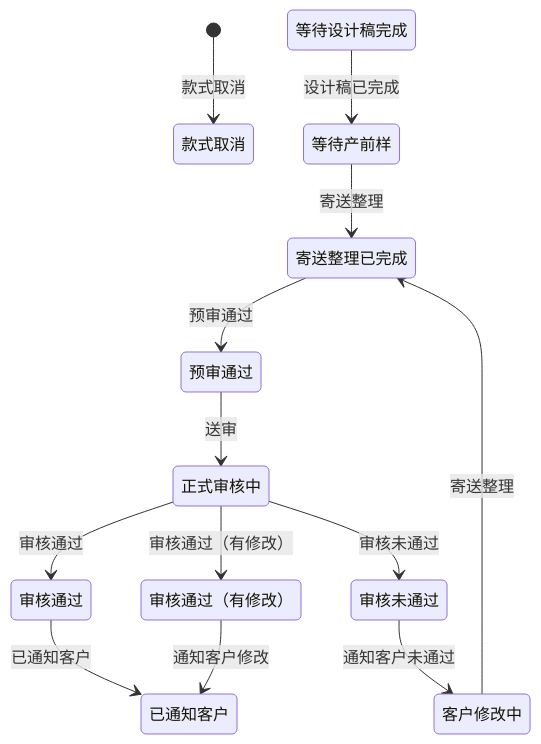
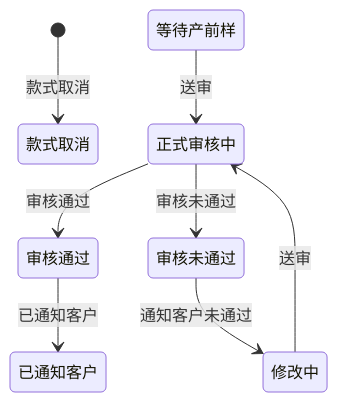
The diagram in docs/PPS_display.mermaid (FIPOCHINA/fipo-fsm), drawn with Mermaid before and after one commit. The commit also changed 47 other files, not shown here.

```diff
--- a/docs/PPS_display.mermaid
+++ b/docs/PPS_display.mermaid
@@ -1,13 +1,8 @@
 stateDiagram-v2
 [*] --> 款式取消 : 款式取消
-等待设计稿完成 --> 等待产前样 : 设计稿已完成
-等待产前样 --> 寄送整理已完成 : 寄送整理
-寄送整理已完成 --> 预审通过 : 预审通过
-预审通过 --> 正式审核中 : 送审
+等待产前样 --> 正式审核中 : 送审
 正式审核中 --> 审核通过 : 审核通过
 正式审核中 --> 审核未通过 : 审核未通过
-正式审核中 --> 审核通过（有修改） : 审核通过（有修改）
+审核未通过 --> 修改中 : 通知客户未通过
+修改中 --> 正式审核中 : 送审
 审核通过 --> 已通知客户 : 已通知客户
-审核未通过 --> 客户修改中 : 通知客户未通过
-客户修改中 --> 寄送整理已完成 : 寄送整理
-审核通过（有修改） --> 已通知客户 : 通知客户修改
```
